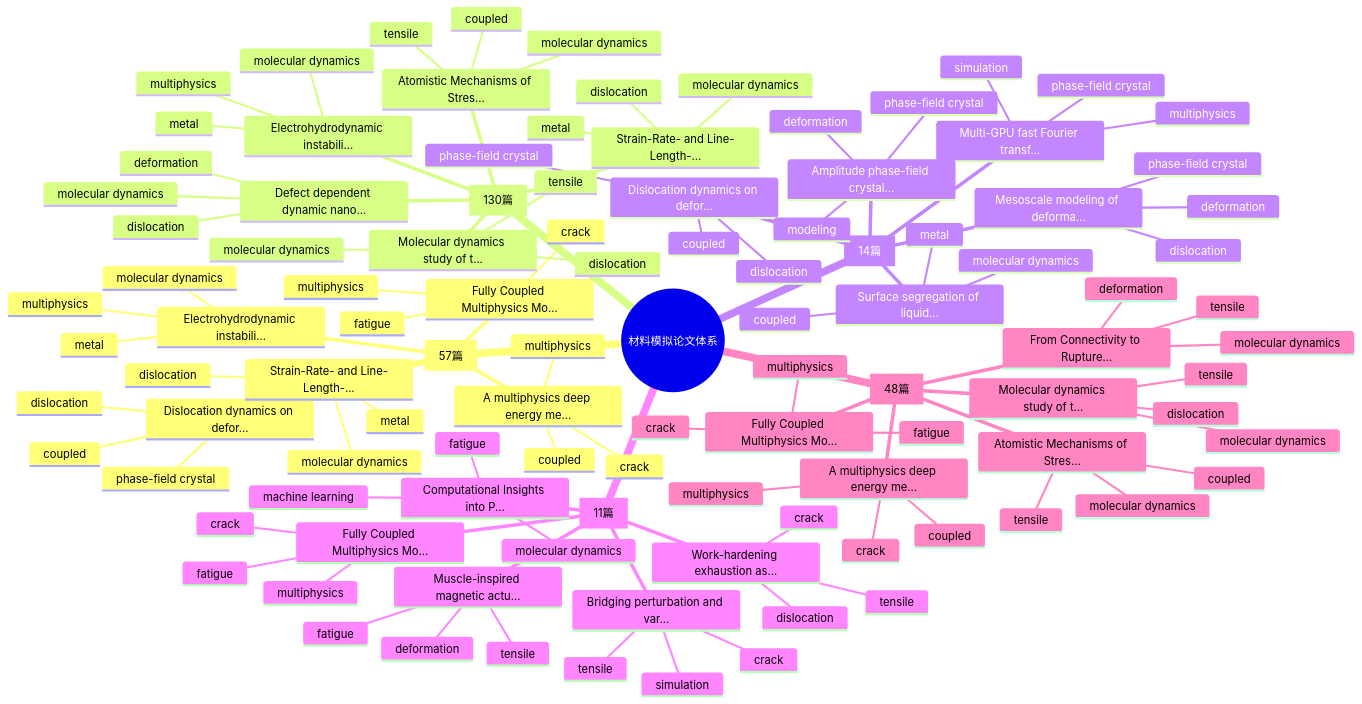
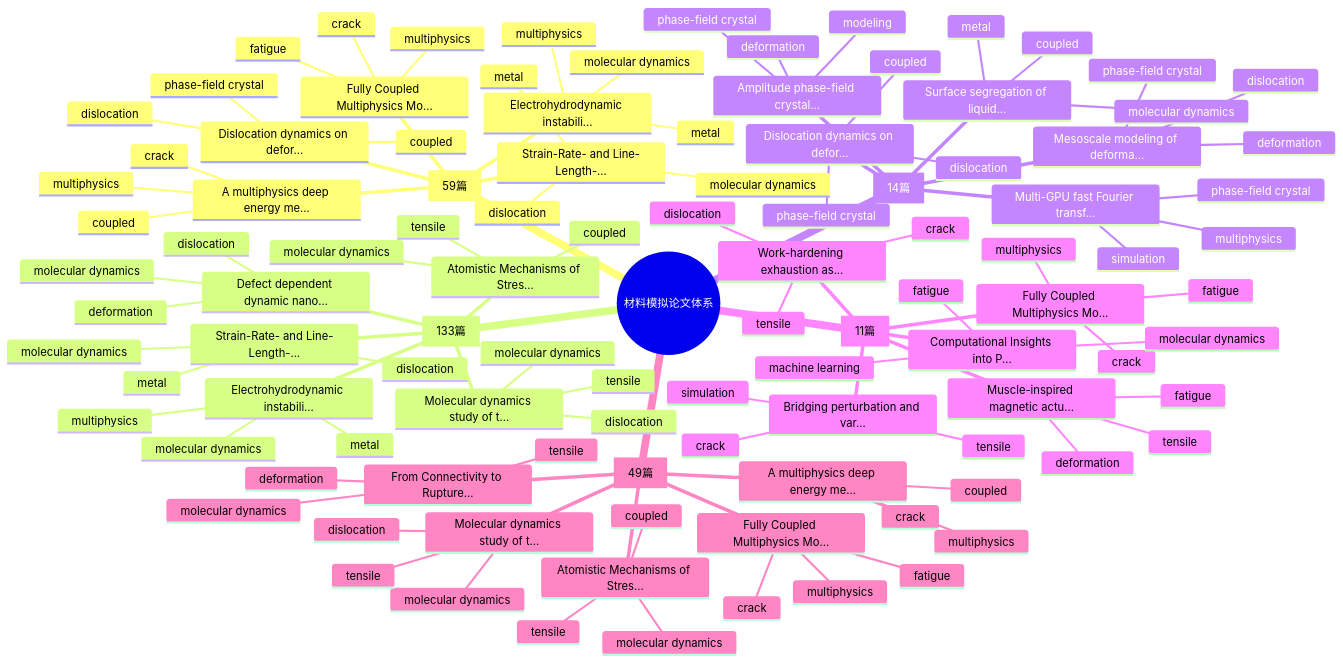
One commit to Shirakawa11111/BJK_readpaper changed the first of 2 diagrams in reports/knowledge_graph.md. Above: the diagram before and after it, drawn with Mermaid. The commit also changed other lines of this file and 11 other files, not shown here.

````diff
--- a/reports/knowledge_graph.md
+++ b/reports/knowledge_graph.md
@@ -7,7 +7,7 @@
 ```mermaid
 mindmap
   root((材料模拟论文体系))
-    Multiphysics Coupling [57篇]
+    Multiphysics Coupling [59篇]
       Fully Coupled Multiphysics Mo...
         fatigue
         multiphysics
@@ -28,7 +28,7 @@
         molecular dynamics
         dislocation
         metal
-    Molecular Dynamics [130篇]
+    Molecular Dynamics [133篇]
       Molecular dynamics study of t...
         molecular dynamics
         dislocation
@@ -91,7 +91,7 @@
         crack
         tensile
         simulation
-    Tensile / Deformation Simulation [48篇]
+    Tensile / Deformation Simulation [49篇]
       Fully Coupled Multiphysics Mo...
         fatigue
         multiphysics
````
